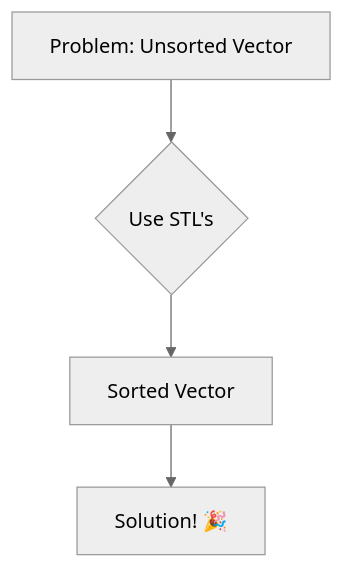
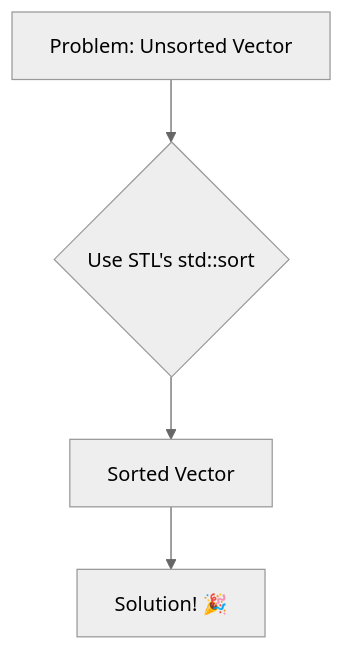
Before and after one commit to infoyouth/infoyouth.github.io: the third of 3 diagrams in _posts/2025-07-19-27.-competitive-programming-in-c++.md, drawn with Mermaid (neutral theme). The commit also changed other lines of this file and 13 other files, not shown here.

````diff
--- a/_posts/2025-07-19-27.-competitive-programming-in-c++.md
+++ b/_posts/2025-07-19-27.-competitive-programming-in-c++.md
@@ -477,6 +433,6 @@
 ```mermaid
 graph TD
-    A[Problem: Unsorted Vector] --> B{Use STL's <std::sort>};
+    A[Problem: Unsorted Vector] --> B{"Use STL's std::sort"};
     B --> C[Sorted Vector];
-    C --> D[Solution! 🎉];
+    C --> D["Solution! 🎉"];
 ```
````
